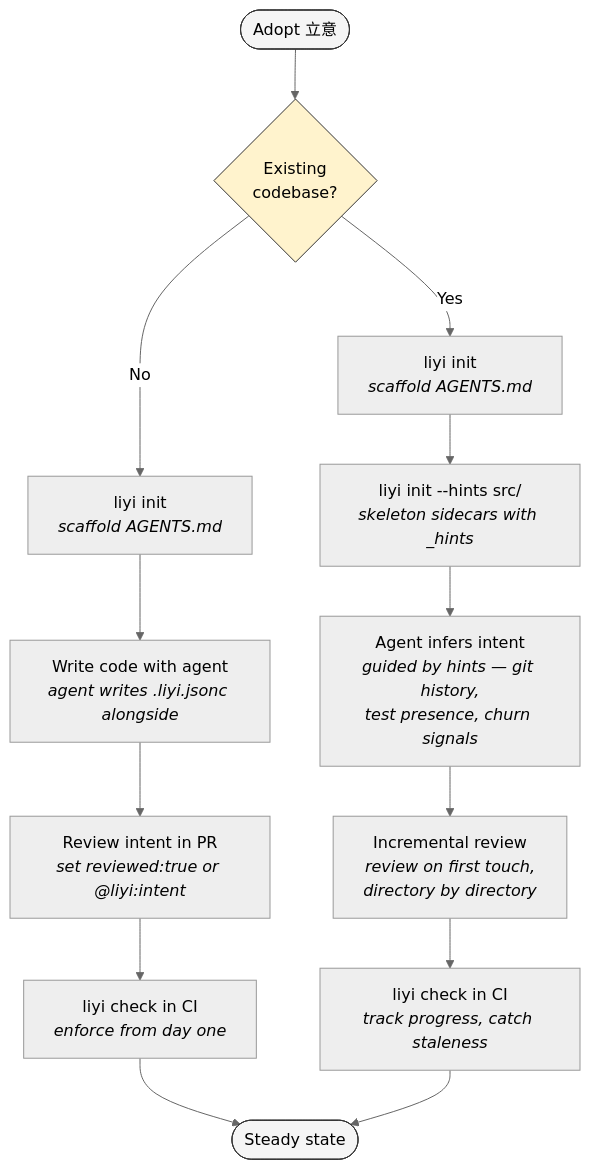
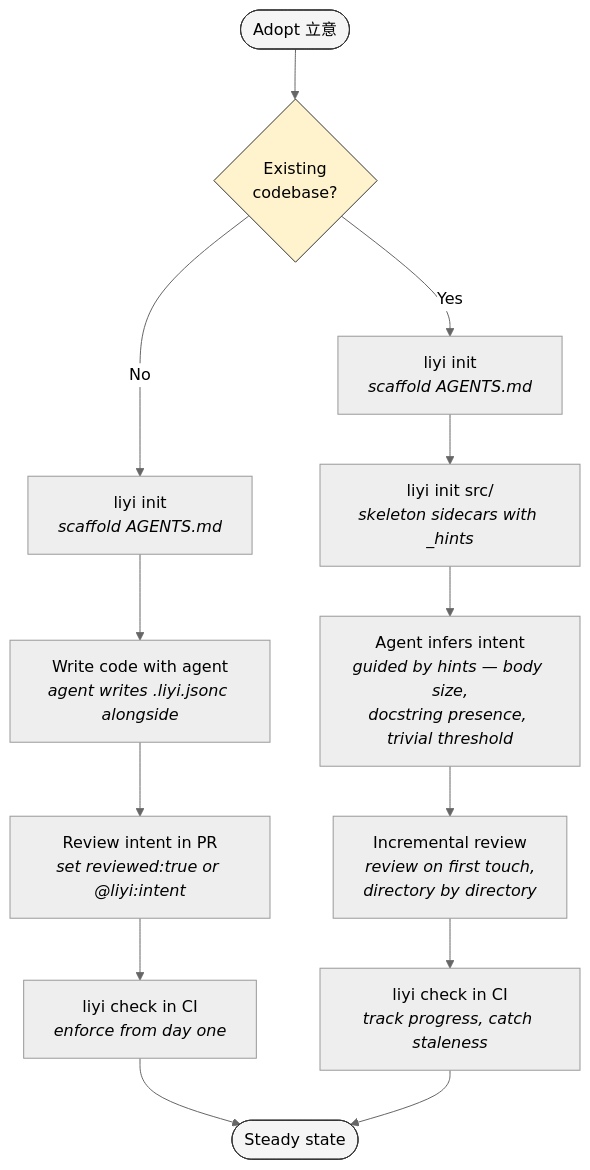
Before and after one commit to liyi-run/liyi: the third of 3 diagrams in docs/liyi-design.md, drawn with Mermaid (neutral theme). The commit also changed other lines of this file and 1 other file, not shown here.

````diff
--- a/docs/liyi-design.md
+++ b/docs/liyi-design.md
@@ -2174,23 +2175,23 @@
 ```mermaid
 flowchart TD
     Start([Adopt 立意]) --> HasCode{Existing<br/>codebase?}
 
     %% ── Greenfield ──
     HasCode -- No --> Init["liyi init<br/><i>scaffold AGENTS.md</i>"]
     Init --> Write["Write code with agent<br/><i>agent writes .liyi.jsonc alongside</i>"]
     Write --> Review["Review intent in PR<br/><i>set reviewed:true or @liyi:intent</i>"]
     Review --> CIG["liyi check in CI<br/><i>enforce from day one</i>"]
     CIG --> Steady([Steady state])
 
     %% ── Brownfield ──
     HasCode -- Yes --> InitB["liyi init<br/><i>scaffold AGENTS.md</i>"]
-    InitB --> Hints["liyi init --hints src/<br/><i>skeleton sidecars with _hints</i>"]
-    Hints --> Infer["Agent infers intent<br/><i>guided by hints — git history,<br/>test presence, churn signals</i>"]
+    InitB --> Hints["liyi init src/<br/><i>skeleton sidecars with _hints</i>"]
+    Hints --> Infer["Agent infers intent<br/><i>guided by hints — body size,<br/>docstring presence, trivial threshold</i>"]
     Infer --> Incremental["Incremental review<br/><i>review on first touch,<br/>directory by directory</i>"]
     Incremental --> CIB["liyi check in CI<br/><i>track progress, catch staleness</i>"]
     CIB --> Steady
 
     style Start fill:#f5f5f5,stroke:#333
     style Steady fill:#f5f5f5,stroke:#333
     style HasCode fill:#fff3cd,stroke:#333
 ```
````
